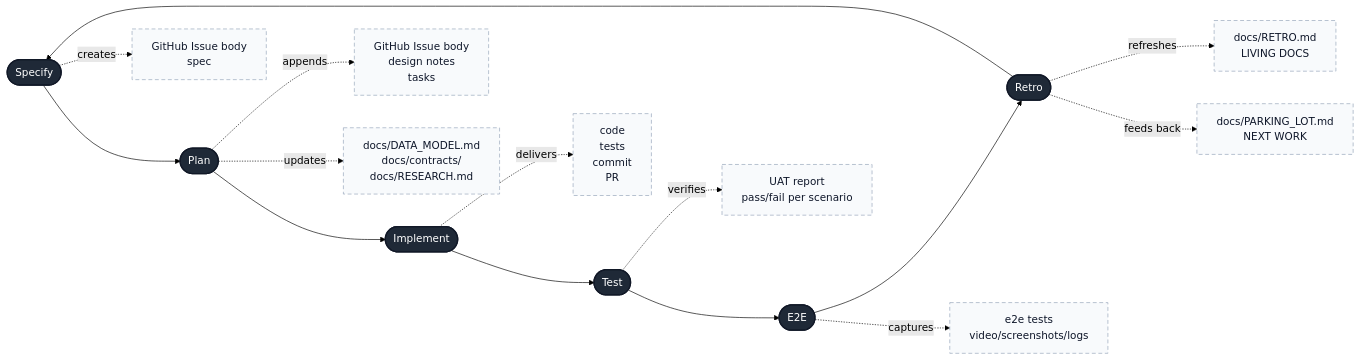
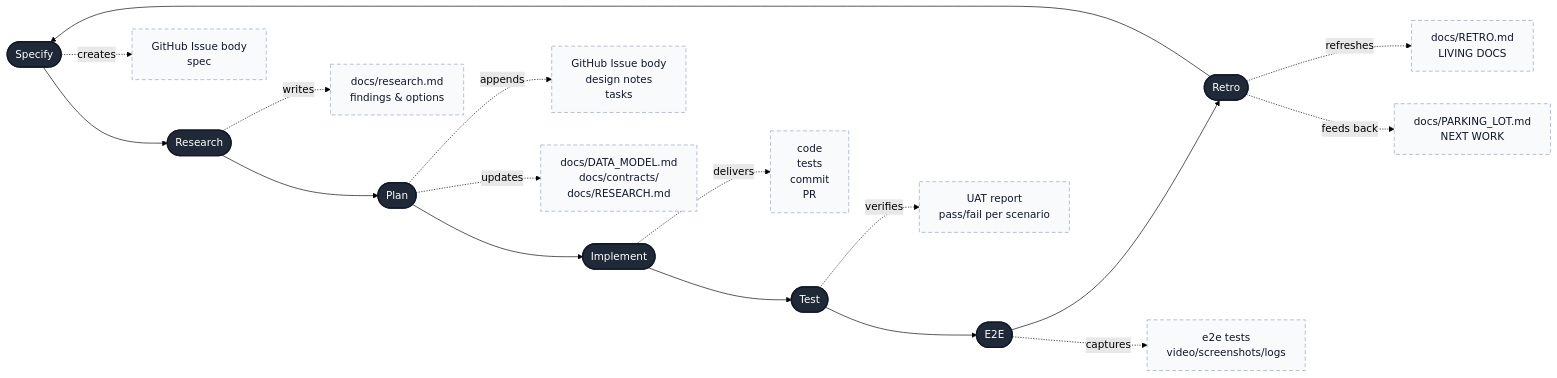
One commit to ranvirsingh/speckit changed the diagram in README.md. Above: the diagram before and after it, drawn with Mermaid (forest theme). The commit also changed other lines of this file and 7 other files, not shown here.

````diff
--- a/README.md
+++ b/README.md
@@ -82,24 +86,26 @@
 ```mermaid
 flowchart LR
-  S([Specify]) --> P([Plan])
+  S([Specify]) --> RE([Research])
+  RE --> P([Plan])
   P --> I([Implement])
   I --> T([Test])
   T --> D([E2E])
   D --> R([Retro])
   R --> S
 
   S -. creates .-> S1[GitHub Issue body<br/>spec]
+  RE -. writes .-> RE1[docs/research.md<br/>findings &amp; options]
   P -. appends .-> P1[GitHub Issue body<br/>design notes<br/>tasks]
   P -. updates .-> P2[docs/DATA_MODEL.md<br/>docs/contracts/<br/>docs/RESEARCH.md]
   I -. delivers .-> I1[code<br/>tests<br/>commit<br/>PR]
   T -. verifies .-> T1[UAT report<br/>pass/fail per scenario]
   D -. captures .-> D1[e2e tests<br/>video/screenshots/logs]
   R -. refreshes .-> R1[docs/RETRO.md<br/>LIVING DOCS]
   R -. feeds back .-> R2[docs/PARKING_LOT.md<br/>NEXT WORK]
 
   classDef phase fill:#1f2937,color:#ffffff,stroke:#111827,stroke-width:2px;
   classDef artifact fill:#f8fafc,color:#0f172a,stroke:#94a3b8,stroke-width:1px,stroke-dasharray: 6 4;
 
-  class S,P,I,T,D,R phase;
-  class S1,P1,P2,I1,T1,D1,R1,R2 artifact;
+  class S,RE,P,I,T,D,R phase;
+  class S1,RE1,P1,P2,I1,T1,D1,R1,R2 artifact;
 ```
````
